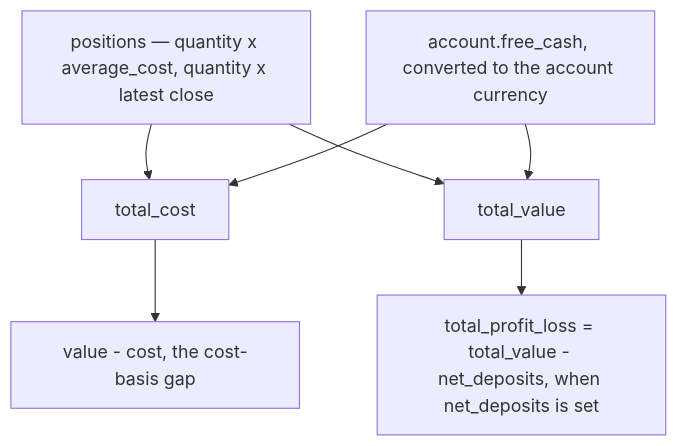
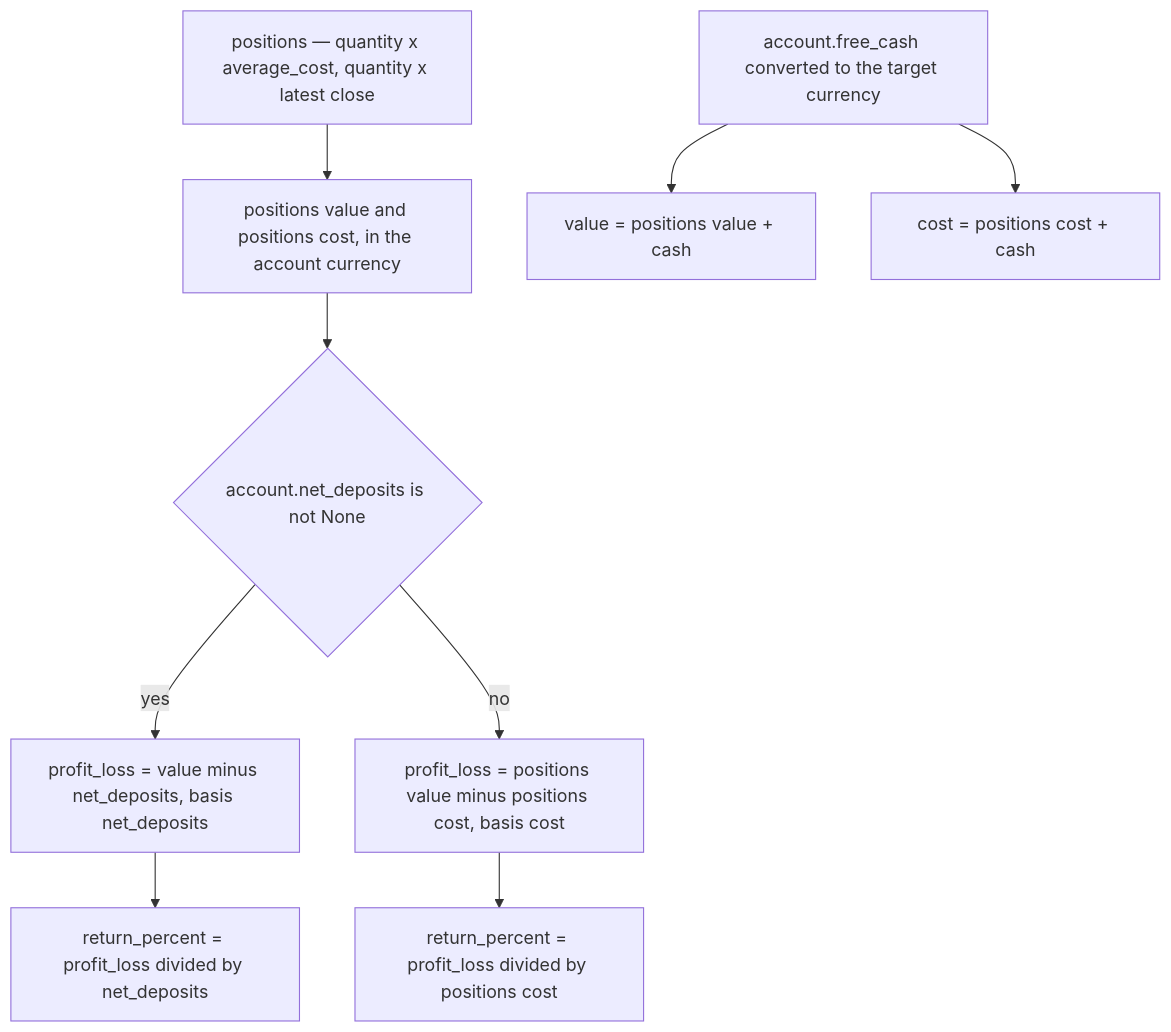
Before and after one commit to havekes/retail-portfolio: the second of 2 diagrams in openwiki/concepts/money-and-currency.md, drawn with Mermaid. The commit also changed other lines of this file and 57 other files, not shown here.

````diff
--- a/openwiki/concepts/money-and-currency.md
+++ b/openwiki/concepts/money-and-currency.md
@@ -238,9 +353,11 @@
 ```mermaid
 flowchart TD
-  pos["positions — quantity x average_cost, quantity x latest close"] --> cost["total_cost"]
-  pos --> value["total_value"]
-  cash["account.free_cash, converted to the account currency"] --> cost
-  cash --> value
-  value --> pl["total_profit_loss = total_value - net_deposits, when net_deposits is set"]
-  cost --> gap["value - cost, the cost-basis gap"]
+  pos["positions — quantity x average_cost, quantity x latest close"] --> pv["positions value and positions cost, in the account currency"]
+  cash["account.free_cash converted to the target currency"] --> value["value = positions value + cash"]
+  cash --> cost["cost = positions cost + cash"]
+  pv --> basis{"account.net_deposits is not None"}
+  basis -- yes --> nd["profit_loss = value minus net_deposits, basis net_deposits"]
+  basis -- no --> cb["profit_loss = positions value minus positions cost, basis cost"]
+  nd --> ret["return_percent = profit_loss divided by net_deposits"]
+  cb --> ret2["return_percent = profit_loss divided by positions cost"]
 ```
````
